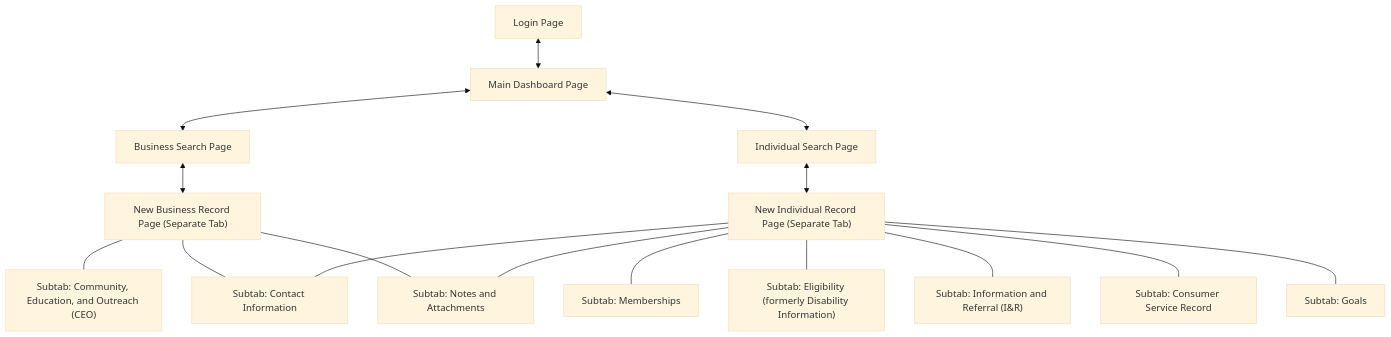
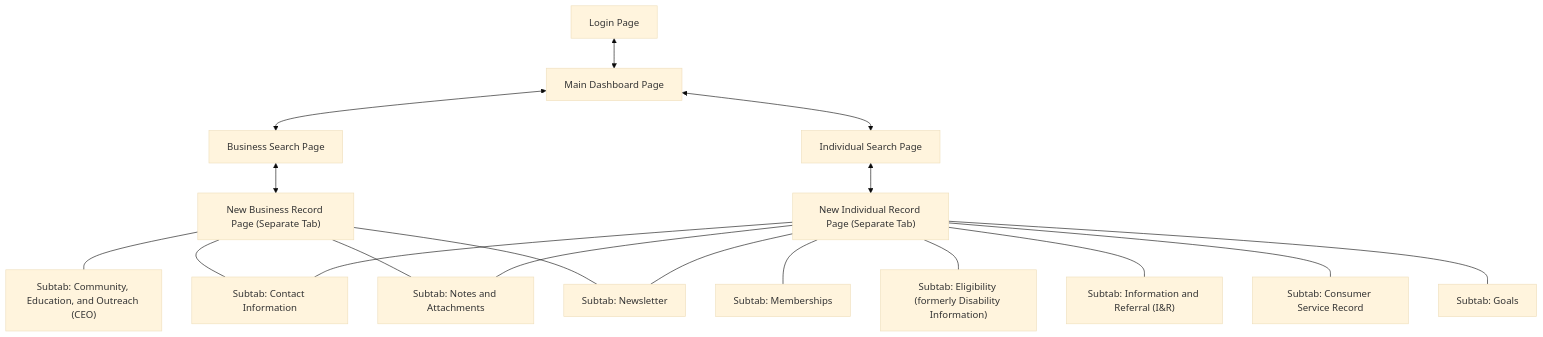
Before and after one commit to OptionsIRCIL/indigo: the diagram in diagram/uiPageFlow.mmd, drawn with Mermaid (base theme).

Commit message:
Add Newsletter subtab to UI Page Flow

```diff
--- a/diagram/uiPageFlow.mmd
+++ b/diagram/uiPageFlow.mmd
@@ -1,27 +1,30 @@
 flowchart TD
 	Contact["Subtab: Contact Information"]
 	Eligibility["Subtab: Eligibility (formerly Disability Information)"]
 	IR["Subtab: Information and Referral (I&R)"]
 	ConsumerService["Subtab: Consumer Service Record"]
 	Goals["Subtab: Goals"]
 	CEO["Subtab: Community, Education, and Outreach (CEO)"]
 	Memberships["Subtab: Memberships"]
 	Attachments["Subtab: Notes and Attachments"]
+	Newsletter["Subtab: Newsletter"]
 	
     A["Login Page"] <--> B["Main Dashboard Page"]
     B <--> C["Business Search Page"]
     B <--> D["Individual Search Page"]
     C <--> Business["New Business Record Page (Separate Tab)"]
     D <--> Individual["New Individual Record Page (Separate Tab)"]
 
     Business --- CEO
     Business --- Contact
 	Business --- Attachments
-	
+	Business --- Newsletter
+
     Individual --- Contact
 	Individual --- Attachments
+	Individual --- Newsletter
  	Individual --- Memberships
  	Individual --- Eligibility
 	Individual --- IR
 	Individual --- ConsumerService
 	Individual --- Goals
```
